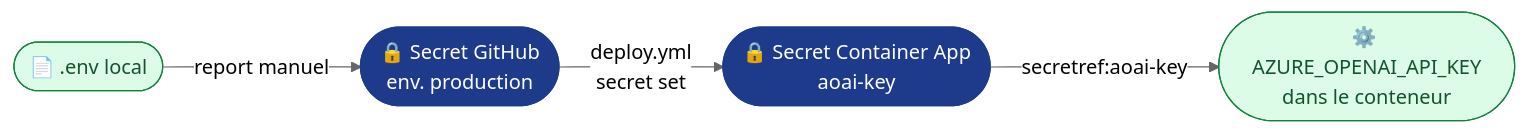
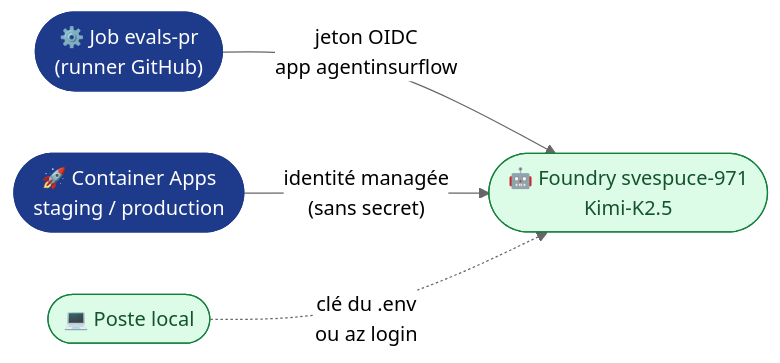
The diagram in docs/secrets.md (acerolaz/agentinsurflow), drawn with Mermaid (neutral theme) before and after one commit. The commit also changed other lines of this file and 4 other files, not shown here.

First line of the commit message:
Zéro secret : plus de clé LLM dans la chaîne (identité managée)

````diff
--- a/docs/secrets.md
+++ b/docs/secrets.md
@@ -66,10 +67,10 @@
 ```mermaid
 flowchart LR
-    E(["📄 .env local"]) -- "report manuel" --> G(["🔒 Secret GitHub<br/>env. production"])
-    G -- "deploy.yml<br/>secret set" --> C(["🔒 Secret Container App<br/>aoai-key"])
-    C -- "secretref:aoai-key" --> V(["⚙️ AZURE_OPENAI_API_KEY<br/>dans le conteneur"])
+    CI(["⚙️ Job evals-pr<br/>(runner GitHub)"]) -- "jeton OIDC<br/>app agentinsurflow" --> F(["🤖 Foundry svespuce-971<br/>Kimi-K2.5"])
+    CA(["🚀 Container Apps<br/>staging / production"]) -- "identité managée<br/>(sans secret)" --> F
+    DEV(["💻 Poste local"]) -. "clé du .env<br/>ou az login" .-> F
     classDef plat fill:#1E3A8A,stroke:#1E3A8A,color:#fff
     classDef ok fill:#DCFCE7,stroke:#15803D,color:#14532D
-    class G,C plat
-    class E,V ok
+    class CI,CA plat
+    class F,DEV ok
 ```
````
